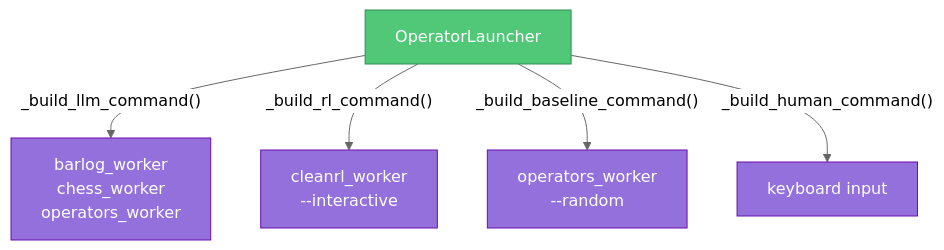
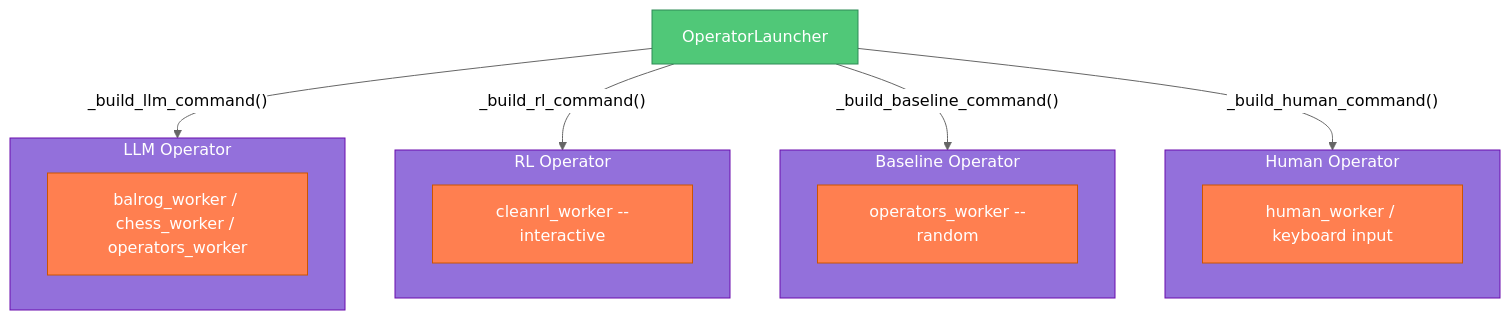
Before and after one commit to Abdulhamid97Mousa/mosaic: the second of 4 diagrams in docs/source/documents/architecture/operators/architecture.rst, drawn with Mermaid (neutral theme). The commit also changed other lines of this file and 21 other files, not shown here.

First line of the commit message:
docs: restructure operators, workers, human control, and common errors sections

```diff
--- a/docs/source/documents/architecture/operators/architecture.rst
+++ b/docs/source/documents/architecture/operators/architecture.rst
@@ -169,15 +174,35 @@
 .. mermaid::
 
    graph TB
        LAUNCHER["OperatorLauncher"]
 
-       LAUNCHER -->|"_build_llm_command()"| LLM["barlog_worker<br/>chess_worker<br/>operators_worker"]
-       LAUNCHER -->|"_build_rl_command()"| RL["cleanrl_worker<br/>--interactive"]
-       LAUNCHER -->|"_build_baseline_command()"| BASE["operators_worker<br/>--random"]
-       LAUNCHER -->|"_build_human_command()"| HUMAN["keyboard input"]
+       subgraph OP_LLM["LLM Operator"]
+           LLM["balrog_worker / chess_worker / operators_worker"]
+       end
+
+       subgraph OP_RL["RL Operator"]
+           RL["cleanrl_worker --interactive"]
+       end
+
+       subgraph OP_BASE["Baseline Operator"]
+           BASE["operators_worker --random"]
+       end
+
+       subgraph OP_HUMAN["Human Operator"]
+           HUMAN["human_worker / keyboard input"]
+       end
+
+       LAUNCHER -->|"_build_llm_command()"| OP_LLM
+       LAUNCHER -->|"_build_rl_command()"| OP_RL
+       LAUNCHER -->|"_build_baseline_command()"| OP_BASE
+       LAUNCHER -->|"_build_human_command()"| OP_HUMAN
 
        style LAUNCHER fill:#50c878,stroke:#2e8b57,color:#fff
-       style LLM fill:#9370db,stroke:#6a0dad,color:#fff
-       style RL fill:#9370db,stroke:#6a0dad,color:#fff
-       style BASE fill:#9370db,stroke:#6a0dad,color:#fff
-       style HUMAN fill:#9370db,stroke:#6a0dad,color:#fff
+       style OP_LLM fill:#9370db,stroke:#6a0dad,color:#fff
+       style OP_RL fill:#9370db,stroke:#6a0dad,color:#fff
+       style OP_BASE fill:#9370db,stroke:#6a0dad,color:#fff
+       style OP_HUMAN fill:#9370db,stroke:#6a0dad,color:#fff
+       style LLM fill:#ff7f50,stroke:#cc5500,color:#fff
+       style RL fill:#ff7f50,stroke:#cc5500,color:#fff
+       style BASE fill:#ff7f50,stroke:#cc5500,color:#fff
+       style HUMAN fill:#ff7f50,stroke:#cc5500,color:#fff
```
